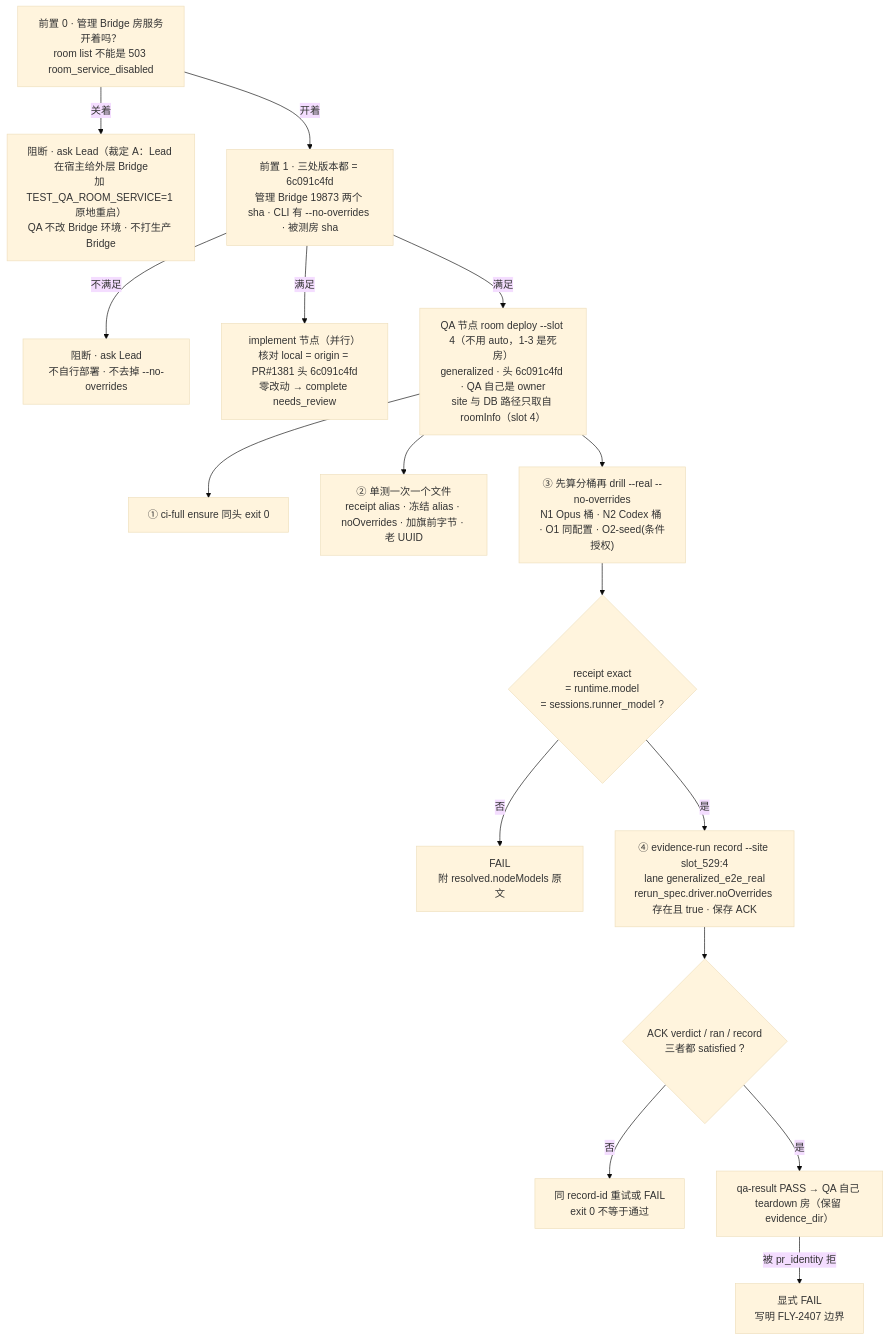
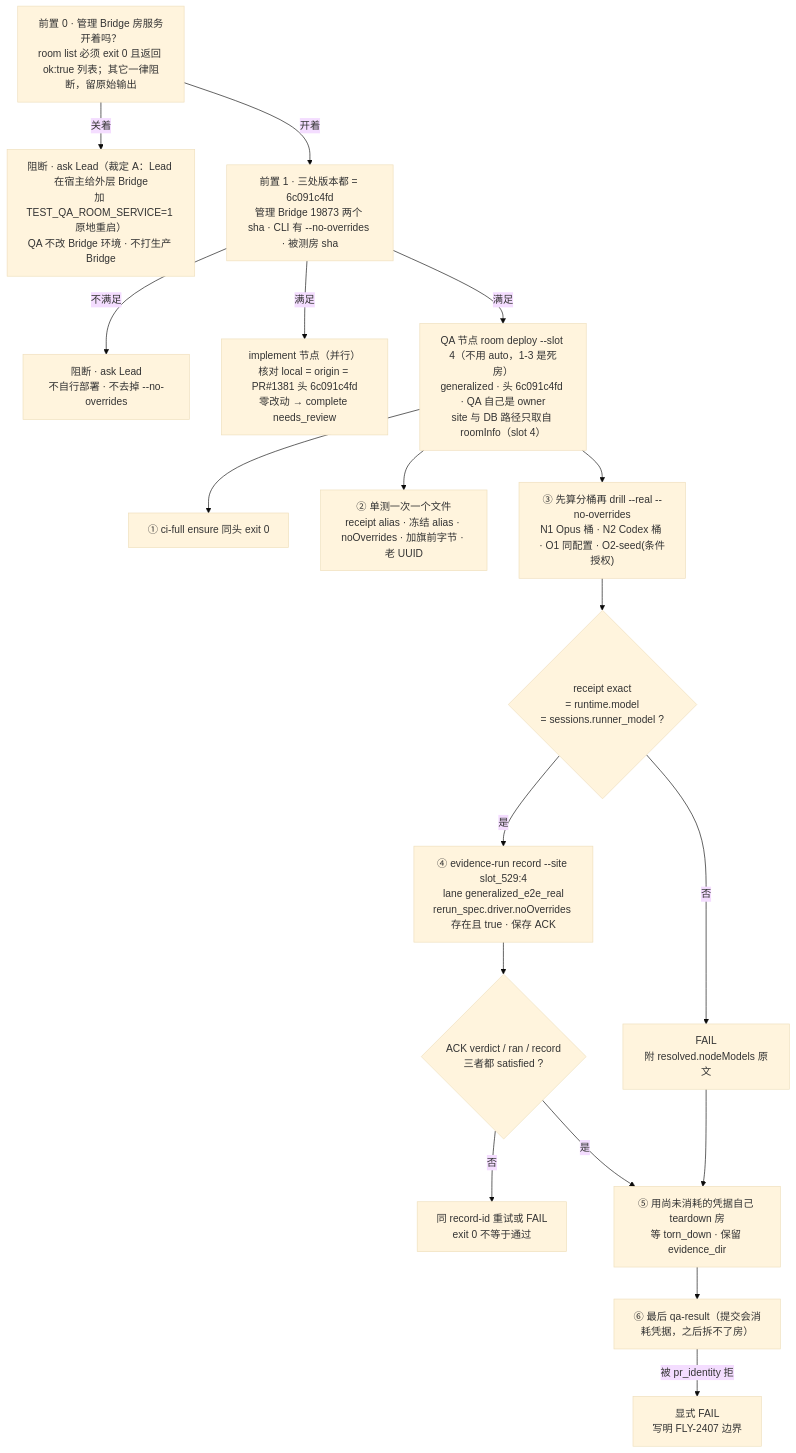
Before and after one commit to xrliAnnie/flywheel-qa-sandbox: the diagram in engineering/doc/FLY-3018-current-model-routing/diagrams/d1-flow.mmd, drawn with Mermaid (base theme). The commit also changed 3 other files, not shown here.

Commit message:
docs(FLY-3018): founder HTML synced to plan v2.5.1 (teardown before qa-result, positive preflight)

```diff
--- a/engineering/doc/FLY-3018-current-model-routing/diagrams/d1-flow.mmd
+++ b/engineering/doc/FLY-3018-current-model-routing/diagrams/d1-flow.mmd
@@ -1,16 +1,18 @@
 flowchart TD
-    P0["前置 0 · 管理 Bridge 房服务开着吗？<br/>room list 不能是 503 room_service_disabled"] -->|关着| P0X["阻断 · ask Lead（裁定 A：Lead 在宿主给外层 Bridge<br/>加 TEST_QA_ROOM_SERVICE=1 原地重启）<br/>QA 不改 Bridge 环境 · 不打生产 Bridge"]
+    P0["前置 0 · 管理 Bridge 房服务开着吗？<br/>room list 必须 exit 0 且返回 ok:true 列表；其它一律阻断，留原始输出"] -->|关着| P0X["阻断 · ask Lead（裁定 A：Lead 在宿主给外层 Bridge<br/>加 TEST_QA_ROOM_SERVICE=1 原地重启）<br/>QA 不改 Bridge 环境 · 不打生产 Bridge"]
     P0 -->|开着| P["前置 1 · 三处版本都 = 6c091c4fd<br/>管理 Bridge 19873 两个 sha · CLI 有 --no-overrides · 被测房 sha"]
     P -->|不满足| PX["阻断 · ask Lead<br/>不自行部署 · 不去掉 --no-overrides"]
     P -->|满足| B["implement 节点（并行）<br/>核对 local = origin = PR#1381 头 6c091c4fd<br/>零改动 → complete needs_review"]
     P -->|满足| C["QA 节点 room deploy --slot 4（不用 auto，1-3 是死房）<br/>generalized · 头 6c091c4fd · QA 自己是 owner<br/>site 与 DB 路径只取自 roomInfo（slot 4）"]
     C --> D1["① ci-full ensure 同头 exit 0"]
     C --> D2["② 单测一次一个文件<br/>receipt alias · 冻结 alias · noOverrides · 加旗前字节 · 老 UUID"]
     C --> D3["③ 先算分桶再 drill --real --no-overrides<br/>N1 Opus 桶 · N2 Codex 桶 · O1 同配置 · O2-seed(条件授权)"]
     D3 --> E{"receipt exact<br/>= runtime.model<br/>= sessions.runner_model ?"}
     E -- 否 --> F["FAIL<br/>附 resolved.nodeModels 原文"]
     E -- 是 --> G["④ evidence-run record --site slot_529:4<br/>lane generalized_e2e_real<br/>rerun_spec.driver.noOverrides 存在且 true · 保存 ACK"]
     G --> H{"ACK verdict / ran / record<br/>三者都 satisfied ?"}
     H -- 否 --> G2["同 record-id 重试或 FAIL<br/>exit 0 不等于通过"]
-    H -- 是 --> I["qa-result PASS → QA 自己 teardown 房（保留 evidence_dir）"]
+    H -- 是 --> T["⑤ 用尚未消耗的凭据自己 teardown 房<br/>等 torn_down · 保留 evidence_dir"]
+    F --> T
+    T --> I["⑥ 最后 qa-result（提交会消耗凭据，之后拆不了房）"]
     I -- 被 pr_identity 拒 --> J["显式 FAIL<br/>写明 FLY-2407 边界"]
```
